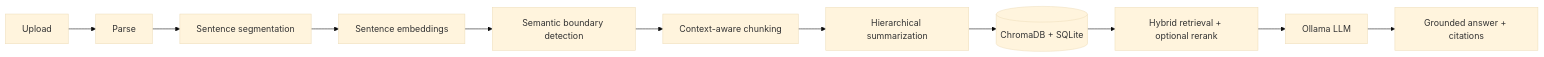
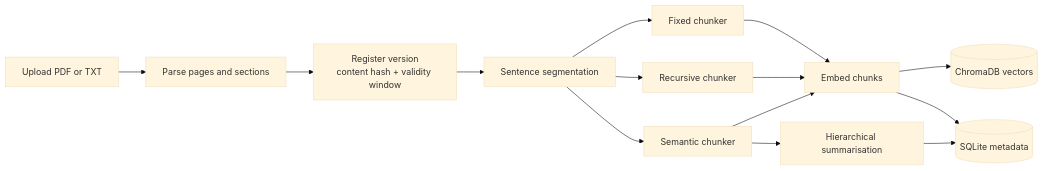
One commit to RoBiul-Hasan-Jisan/SemantiKB changed the first of 2 diagrams in README.md. Above: the diagram before and after it, drawn with Mermaid (base theme). The commit also changed other lines of this file, not shown here.

````diff
--- a/README.md
+++ b/README.md
@@ -34,13 +85,16 @@
 ```mermaid
 flowchart LR
-    A[Upload] --> B[Parse]
-    B --> C[Sentence segmentation]
-    C --> D[Sentence embeddings]
-    D --> E[Semantic boundary detection]
-    E --> F[Context-aware chunking]
-    F --> G[Hierarchical summarization]
-    G --> H[(ChromaDB + SQLite)]
-    H --> I[Hybrid retrieval + optional rerank]
-    I --> J[Ollama LLM]
-    J --> K[Grounded answer + citations]
+    A[Upload PDF or TXT] --> B[Parse pages and sections]
+    B --> C[Register version<br/>content hash + validity window]
+    C --> D[Sentence segmentation]
+    D --> E[Fixed chunker]
+    D --> F[Recursive chunker]
+    D --> G[Semantic chunker]
+    E --> H[Embed chunks]
+    F --> H
+    G --> H
+    H --> I[(ChromaDB vectors)]
+    H --> J[(SQLite metadata)]
+    G --> K[Hierarchical summarisation]
+    K --> J
 ```
````
